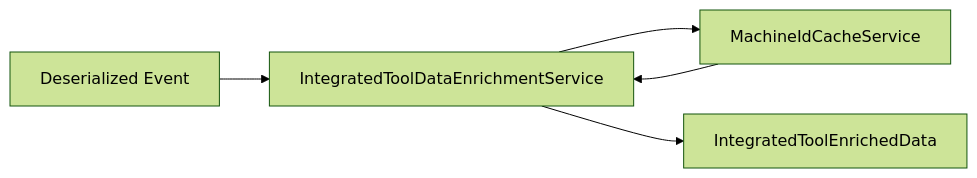
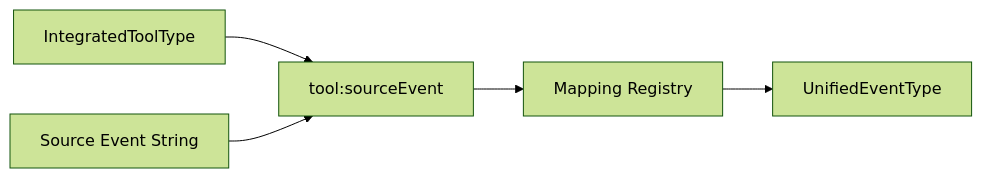
The fourth of 7 diagrams in docs/architecture/stream-service-core/stream-service-core.md (Praesto-Pro/openframe-oss-tenant), drawn with Mermaid (forest theme) before and after one commit. The commit also changed other lines of this file and 149 other files, not shown here.

````diff
--- a/docs/architecture/stream-service-core/stream-service-core.md
+++ b/docs/architecture/stream-service-core/stream-service-core.md
@@ -198,7 +253,7 @@
 ```mermaid
 flowchart LR
-    Event["Deserialized Event"] --> Enrichment["IntegratedToolDataEnrichmentService"]
-    Enrichment --> Redis["MachineIdCacheService"]
-    Redis --> Enrichment
-    Enrichment --> Enriched["IntegratedToolEnrichedData"]
+    Tool["IntegratedToolType"] --> Key["tool:sourceEvent"]
+    Source["Source Event String"] --> Key
+    Key --> Lookup["Mapping Registry"]
+    Lookup --> Unified["UnifiedEventType"]
 ```
````
